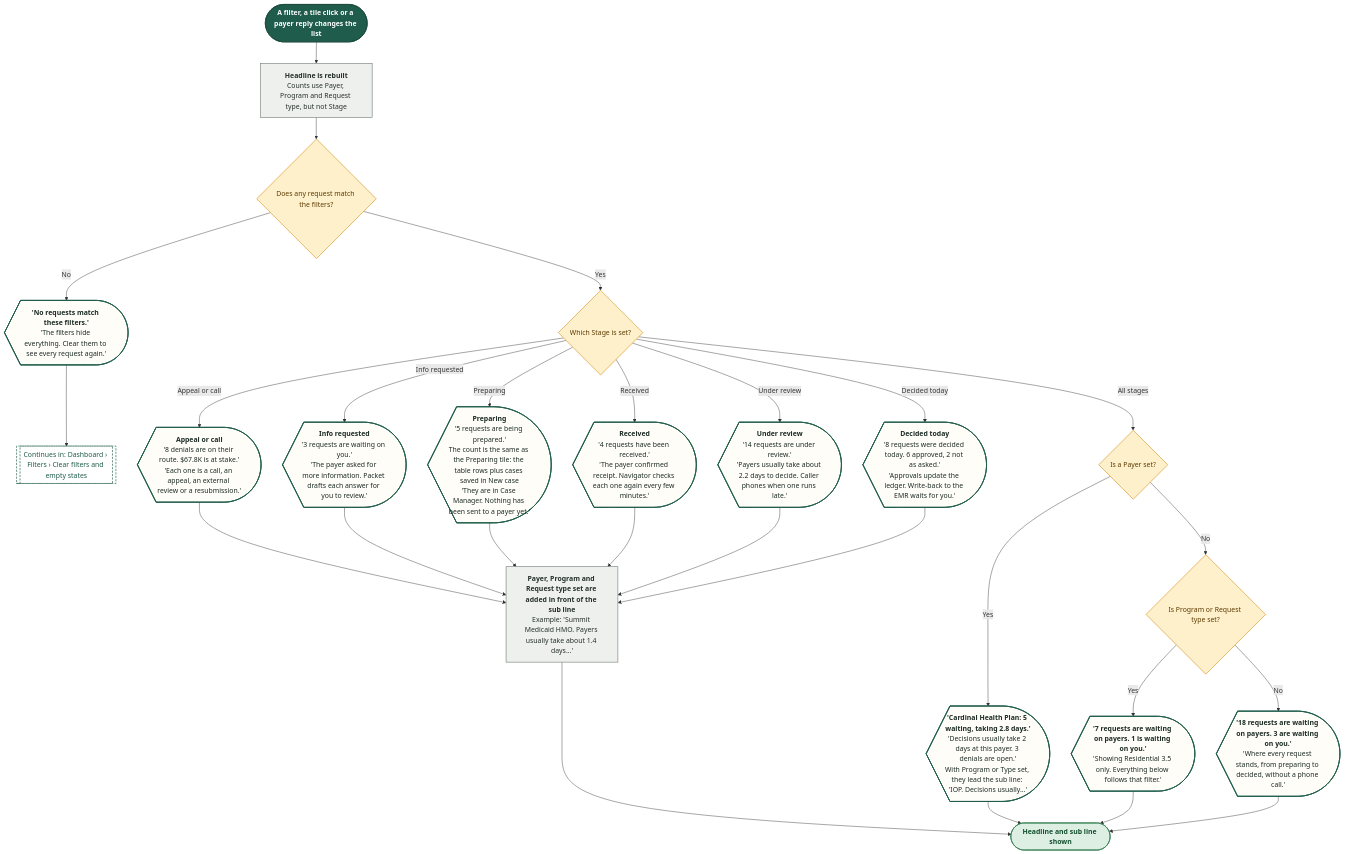
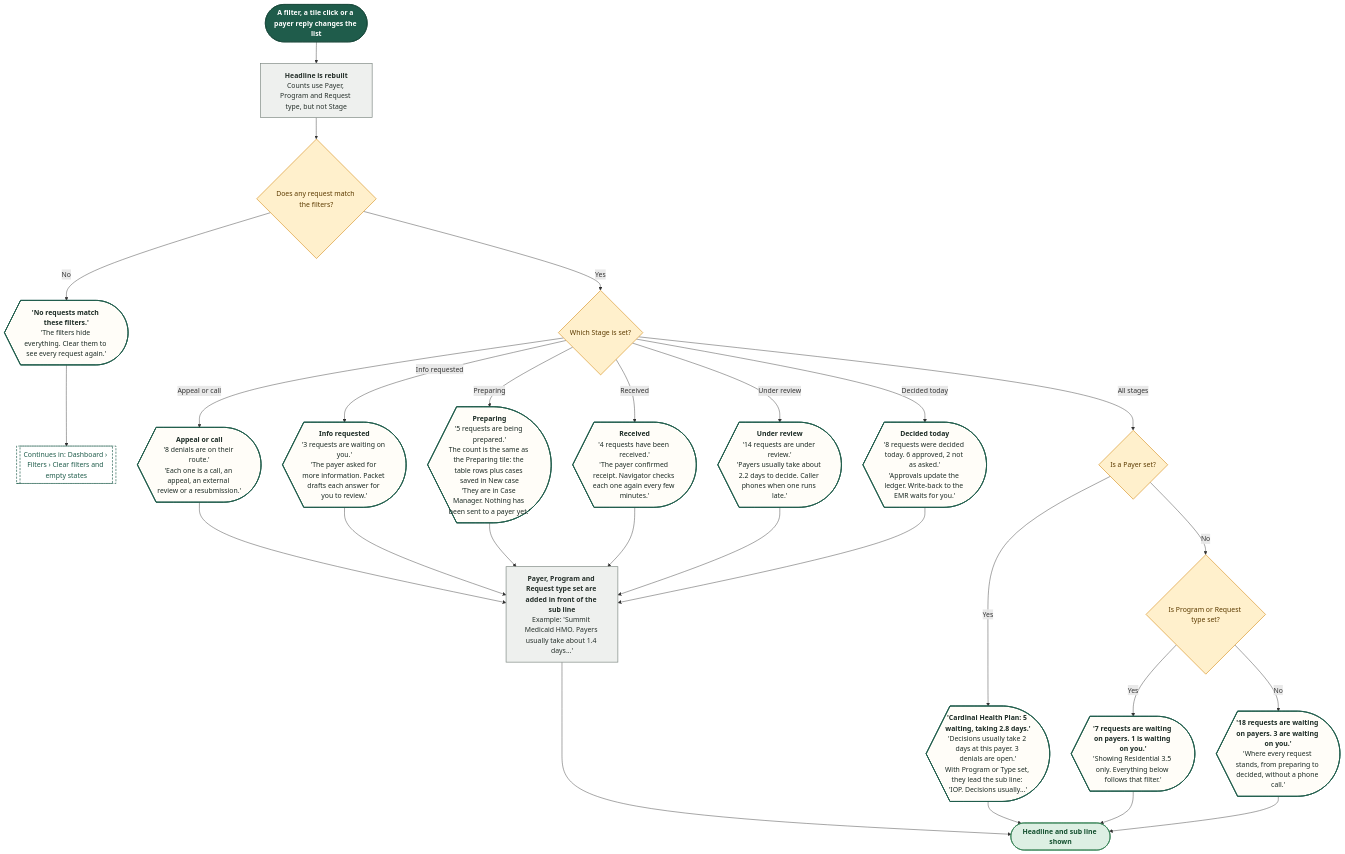
One commit to Shrav143/psyfloapp changed the diagram in demos/prior-auth-demo/workflows/out/mmd/02-dashboard/11-headline-and-sub-line.mmd. Above: the diagram before and after it, drawn with Mermaid. The commit also changed 39 other files, not shown here.

First line of the commit message:
docs: appeal analysis report in the site map and README; rebuild the workflow diagrams (225)

```diff
--- a/demos/prior-auth-demo/workflows/out/mmd/02-dashboard/11-headline-and-sub-line.mmd
+++ b/demos/prior-auth-demo/workflows/out/mmd/02-dashboard/11-headline-and-sub-line.mmd
@@ -1,58 +1,58 @@
 %%{init: {"theme":"base","themeVariables":{"fontFamily":"'DM Sans', 'Segoe UI', system-ui, sans-serif","fontSize":"15px","lineColor":"#5B6B63","primaryTextColor":"#1C2B25","clusterBkg":"#FBF8F3","clusterBorder":"#D9CDBB","edgeLabelBackground":"#FFFFFF"},"flowchart":{"curve":"basis","nodeSpacing":36,"rankSpacing":48,"padding":12,"htmlLabels":true,"useMaxWidth":false,"wrappingWidth":230}} }%%
 flowchart TD
   classDef k_start fill:#1F5C4B,stroke:#174638,color:#FFFFFF,stroke-width:1.5px,font-weight:600
   classDef k_end fill:#DDEFE3,stroke:#2E7D4F,color:#14502F,stroke-width:1.5px,font-weight:600
   classDef k_endx fill:#FBE3E0,stroke:#C0392B,color:#7A1F16,stroke-width:1.5px,font-weight:600
   classDef k_screen fill:#FFFDF8,stroke:#1F5C4B,color:#1C2B25,stroke-width:2px
   classDef k_overlay fill:#F1F7F3,stroke:#1F5C4B,color:#1C2B25,stroke-width:2px,stroke-dasharray:5 3
   classDef k_click fill:#DCEBFA,stroke:#2F6DB5,color:#12365F,stroke-width:1.5px
   classDef k_input fill:#E4E7FF,stroke:#4C5FD5,color:#1D2670,stroke-width:1.5px
   classDef k_process fill:#EEF0EE,stroke:#7A857F,color:#26302B,stroke-width:1.5px
   classDef k_agent fill:#EEE5FA,stroke:#7A4FC2,color:#341A63,stroke-width:1.5px
   classDef k_decision fill:#FFF0CC,stroke:#D9962B,color:#5C3B00,stroke-width:1.5px
   classDef k_store fill:#D5F0EA,stroke:#1C8E7B,color:#0B4A3F,stroke-width:1.5px
   classDef k_doc fill:#F6E9DC,stroke:#B07A4C,color:#4A2E14,stroke-width:1.5px
   classDef k_ext fill:#FFE6D2,stroke:#E07B39,color:#6B2F06,stroke-width:1.5px
   classDef k_wait fill:#E4E8EE,stroke:#6B7C93,color:#26303D,stroke-width:1.5px
   classDef k_toast fill:#FFF9DB,stroke:#C9A400,color:#5A4A00,stroke-width:1.5px
   classDef k_goto fill:#FFFFFF,stroke:#1F5C4B,color:#1F5C4B,stroke-width:1.5px,stroke-dasharray:5 3
   s1@{ shape: stadium, label: "A filter, a tile click or a payer reply changes the list" }
   p1@{ shape: rect, label: "<b>Headline is rebuilt</b><br/>Counts use Payer, Program and Request type, but not Stage" }
   d1@{ shape: diam, label: "Does any request match the filters?" }
   n0@{ shape: curv-trap, label: "<b>'No requests match these filters.'</b><br/>'The filters hide everything. Clear them to see every request again.'" }
   g1@{ shape: subproc, label: "Continues in: Dashboard › Filters › Clear filters and empty states" }
   d2@{ shape: diam, label: "Which Stage is set?" }
-  a1@{ shape: curv-trap, label: "<b>Appeal or call</b><br/>'8 denials are on their route. $67.8K is at stake.'<br/>'Each one is a call, an appeal, an external review or a resubmission.'" }
+  a1@{ shape: curv-trap, label: "<b>Appeal or call</b><br/>'8 denials are on their route.'<br/>'Each one is a call, an appeal, an external review or a resubmission.'" }
   a2@{ shape: curv-trap, label: "<b>Info requested</b><br/>'3 requests are waiting on you.'<br/>'The payer asked for more information. Packet drafts each answer for you to review.'" }
   a3@{ shape: curv-trap, label: "<b>Preparing</b><br/>'5 requests are being prepared.'<br/>The count is the same as the Preparing tile: the table rows plus cases saved in New case<br/>'They are in Case Manager. Nothing has been sent to a payer yet.'" }
   a4@{ shape: curv-trap, label: "<b>Received</b><br/>'4 requests have been received.'<br/>'The payer confirmed receipt. Navigator checks each one again every few minutes.'" }
   a5@{ shape: curv-trap, label: "<b>Under review</b><br/>'14 requests are under review.'<br/>'Payers usually take about 2.2 days to decide. Caller phones when one runs late.'" }
   a6@{ shape: curv-trap, label: "<b>Decided today</b><br/>'8 requests were decided today. 6 approved, 2 not as asked.'<br/>'Approvals update the ledger. Write-back to the EMR waits for you.'" }
   d3@{ shape: diam, label: "Is a Payer set?" }
   b1@{ shape: curv-trap, label: "<b>'Cardinal Health Plan: 5 waiting, taking 2.8 days.'</b><br/>'Decisions usually take 2 days at this payer. 3 denials are open.'<br/>With Program or Type set, they lead the sub line: 'IOP. Decisions usually...'" }
   d4@{ shape: diam, label: "Is Program or Request type set?" }
   c1@{ shape: curv-trap, label: "<b>'7 requests are waiting on payers. 1 is waiting on you.'</b><br/>'Showing Residential 3.5 only. Everything below follows that filter.'" }
   c2@{ shape: curv-trap, label: "<b>'18 requests are waiting on payers. 3 are waiting on you.'</b><br/>'Where every request stands, from preparing to decided, without a phone call.'" }
   p2@{ shape: rect, label: "<b>Payer, Program and Request type set are added in front of the sub line</b><br/>Example: 'Summit Medicaid HMO. Payers usually take about 1.4 days...'" }
   e1@{ shape: stadium, label: "Headline and sub line shown" }
   s1 --> p1 --> d1
   d1 -->|"No"| n0 --> g1
   d1 -->|"Yes"| d2
   d2 -->|"Appeal or call"| a1
   d2 -->|"Info requested"| a2
   d2 -->|"Preparing"| a3
   d2 -->|"Received"| a4
   d2 -->|"Under review"| a5
   d2 -->|"Decided today"| a6
   d2 -->|"All stages"| d3
   a1 & a2 & a3 & a4 & a5 & a6 --> p2 --> e1
   d3 -->|"Yes"| b1 --> e1
   d3 -->|"No"| d4
   d4 -->|"Yes"| c1 --> e1
   d4 -->|"No"| c2 --> e1
   class s1 k_start
   class p1,p2 k_process
   class d1,d2,d3,d4 k_decision
   class n0,a1,a2,a3,a4,a5,a6,b1,c1,c2 k_screen
   class g1 k_goto
   class e1 k_end
```
